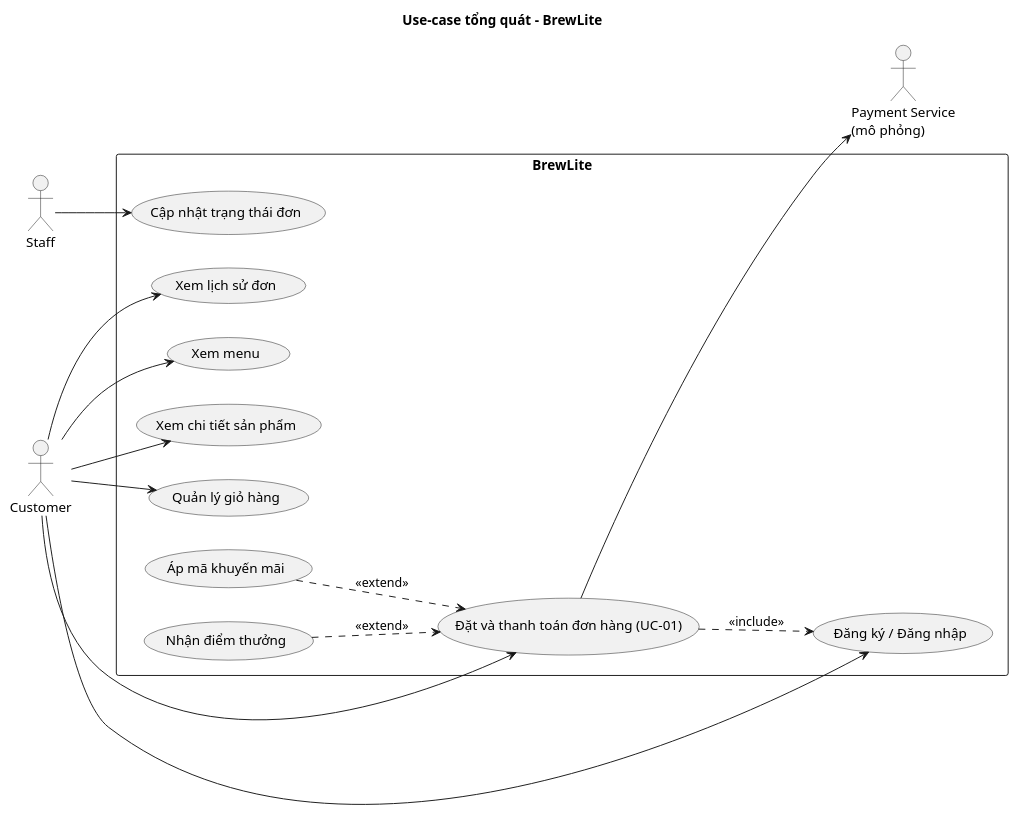
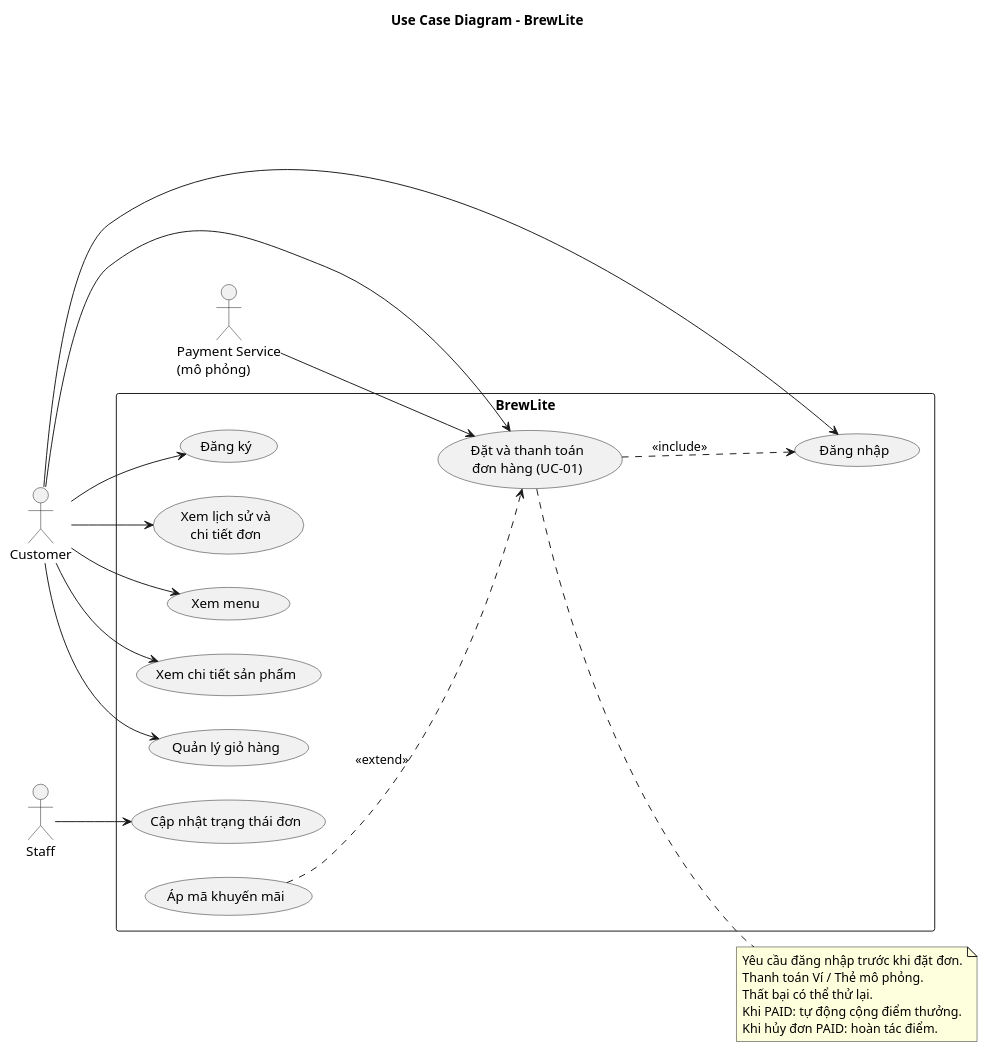
The diagram in docs/diagrams/usecase-overview.puml (tthan-prog/BrewLite), drawn with PlantUML before and after one commit. The commit also changed other lines of this file and 1 other file, not shown here.

Commit message:
docs: review activity and use case diagrams

```diff
--- a/docs/diagrams/usecase-overview.puml
+++ b/docs/diagrams/usecase-overview.puml
@@ -1,33 +2,44 @@
 @startuml usecase-overview
-title Use-case tổng quát – BrewLite
+title Use Case Diagram - BrewLite
 left to right direction
 skinparam shadowing false
 
 actor Customer
 actor Staff
 actor "Payment Service\n(mô phỏng)" as PAY
 
 rectangle BrewLite {
   usecase "Xem menu" as UC_Menu
   usecase "Xem chi tiết sản phẩm" as UC_Detail
   usecase "Quản lý giỏ hàng" as UC_Cart
-  usecase "Đăng ký / Đăng nhập" as UC_Auth
-  usecase "Đặt và thanh toán đơn hàng (UC-01)" as UC_Checkout
-  usecase "Xem lịch sử đơn" as UC_History
+  usecase "Đăng ký" as UC_Register
+  usecase "Đăng nhập" as UC_Login
+  usecase "Đặt và thanh toán\nđơn hàng (UC-01)" as UC_Checkout
+  usecase "Xem lịch sử và\nchi tiết đơn" as UC_History
   usecase "Cập nhật trạng thái đơn" as UC_Status
   usecase "Áp mã khuyến mãi" as UC_Promo
-  usecase "Nhận điểm thưởng" as UC_Loyalty
 }
 
 Customer --> UC_Menu
 Customer --> UC_Detail
 Customer --> UC_Cart
-Customer --> UC_Auth
+Customer --> UC_Register
+Customer --> UC_Login
 Customer --> UC_Checkout
 Customer --> UC_History
+
 Staff --> UC_Status
-UC_Checkout --> PAY
-UC_Checkout ..> UC_Auth : <<include>>
+PAY --> UC_Checkout
+
+UC_Checkout ..> UC_Login : <<include>>
 UC_Promo ..> UC_Checkout : <<extend>>
-UC_Loyalty ..> UC_Checkout : <<extend>>
+
+note right of UC_Checkout
+  Yêu cầu đăng nhập trước khi đặt đơn.
+  Thanh toán Ví / Thẻ mô phỏng.
+  Thất bại có thể thử lại.
+  Khi PAID: tự động cộng điểm thưởng.
+  Khi hủy đơn PAID: hoàn tác điểm.
+end note
+
 @enduml
```
